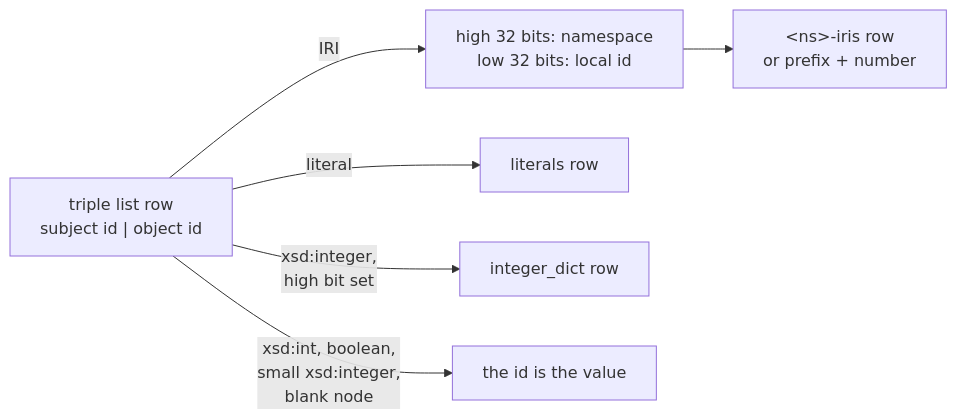
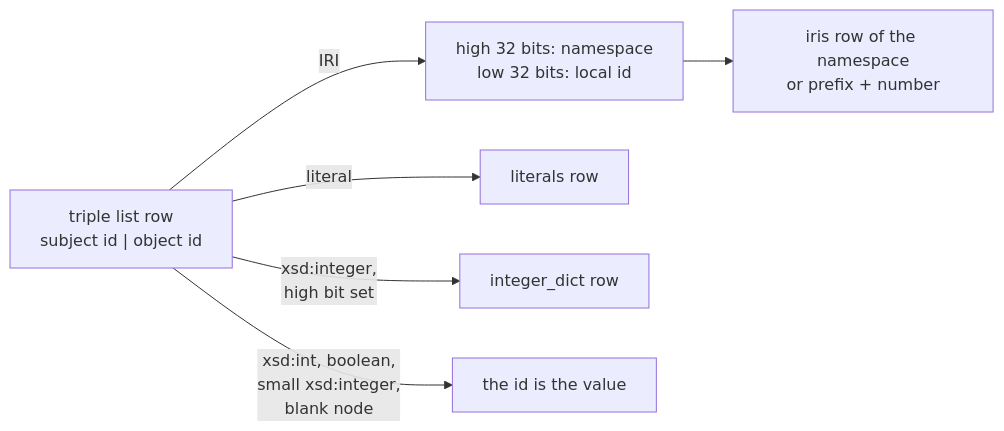
One commit to JervenBolleman/sparql-readonly changed the third of 5 diagrams in docs/storage.md. Above: the diagram before and after it, drawn with Mermaid. The commit also changed other lines of this file and 11 other files, not shown here.

````diff
--- a/docs/storage.md
+++ b/docs/storage.md
@@ -93,9 +102,9 @@
 ```mermaid
 flowchart LR
     row["triple list row<br/>subject id | object id"]
     row -->|IRI| split["high 32 bits: namespace<br/>low 32 bits: local id"]
-    split --> nsfile["#lt;ns#gt;-iris row<br/>or prefix + number"]
+    split --> nsfile["iris row of the namespace<br/>or prefix + number"]
     row -->|literal| lit["literals row"]
     row -->|"xsd:integer,<br/>high bit set"| big["integer_dict row"]
     row -->|"xsd:int, boolean,<br/>small xsd:integer,<br/>blank node"| self["the id is the value"]
 ```
````
